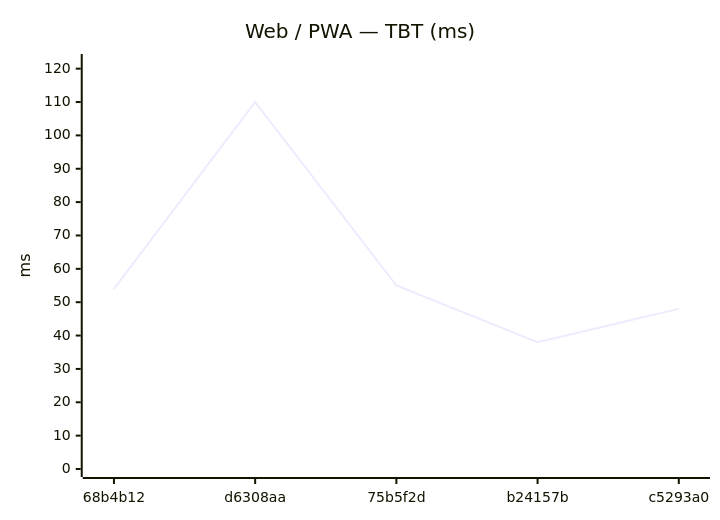
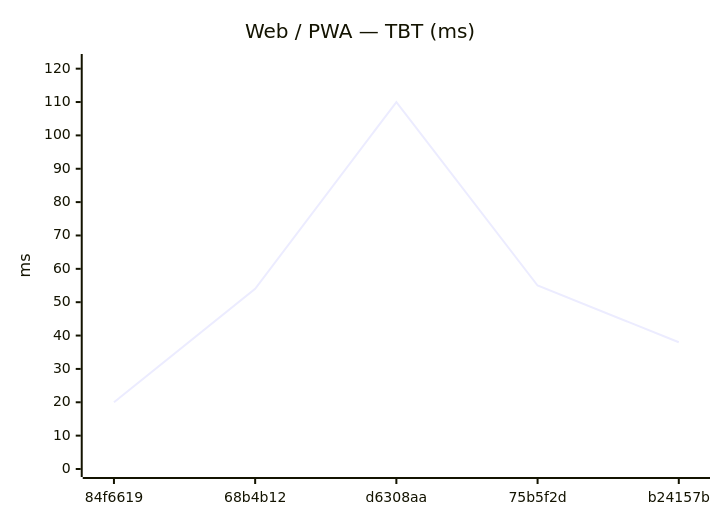
Before and after one commit to Metaheurist/Rianell: the eighth of 18 diagrams in benchmarks/compare.md, drawn with Mermaid. The commit also changed other lines of this file and 12 other files, not shown here.

````diff
--- a/benchmarks/compare.md
+++ b/benchmarks/compare.md
@@ -151,7 +124,7 @@
 ```mermaid
 xychart-beta
     title "Web / PWA — TBT (ms)"
-    x-axis ["68b4b12", "d6308aa", "75b5f2d", "b24157b", "c5293a0"]
+    x-axis ["84f6619", "68b4b12", "d6308aa", "75b5f2d", "b24157b"]
     y-axis "ms" 0 --> 122
-    line [54, 110, 55, 38, 48]
+    line [20, 54, 110, 55, 38]
 ```
````
